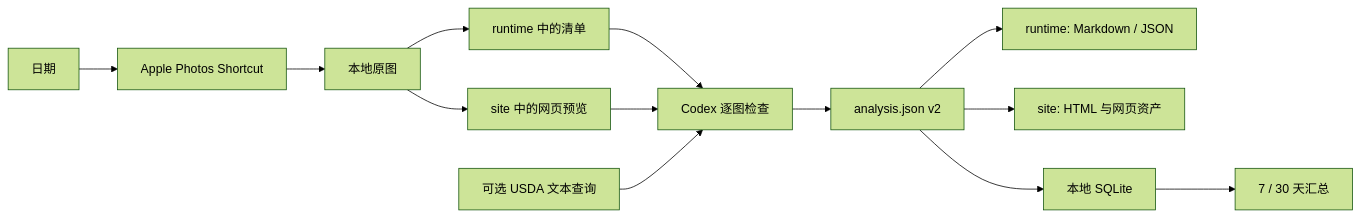
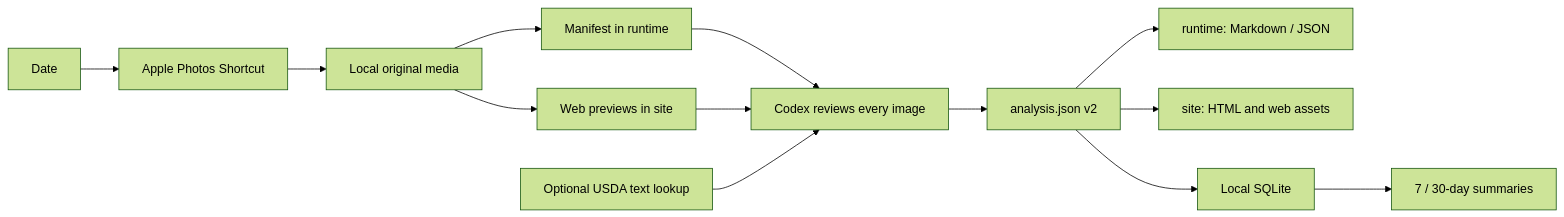
The diagram in README.md (imathwy/health), drawn with Mermaid (forest theme) before and after one commit. The commit also changed other lines of this file and 1 other file, not shown here.

````diff
--- a/README.md
+++ b/README.md
@@ -5,15 +12,15 @@
 ```mermaid
 flowchart LR
-    A[日期] --> B[Apple Photos Shortcut]
-    B --> C[本地原图]
-    C --> D[runtime 中的清单]
-    C --> P[site 中的网页预览]
-    D --> E[Codex 逐图检查]
+    A[Date] --> B[Apple Photos Shortcut]
+    B --> C[Local original media]
+    C --> D[Manifest in runtime]
+    C --> P[Web previews in site]
+    D --> E[Codex reviews every image]
     P --> E
-    U[可选 USDA 文本查询] --> E
+    U[Optional USDA text lookup] --> E
     E --> F[analysis.json v2]
     F --> G[runtime: Markdown / JSON]
-    F --> W[site: HTML 与网页资产]
-    F --> H[本地 SQLite]
-    H --> I[7 / 30 天汇总]
+    F --> W[site: HTML and web assets]
+    F --> H[Local SQLite]
+    H --> I[7 / 30-day summaries]
 ```
````
